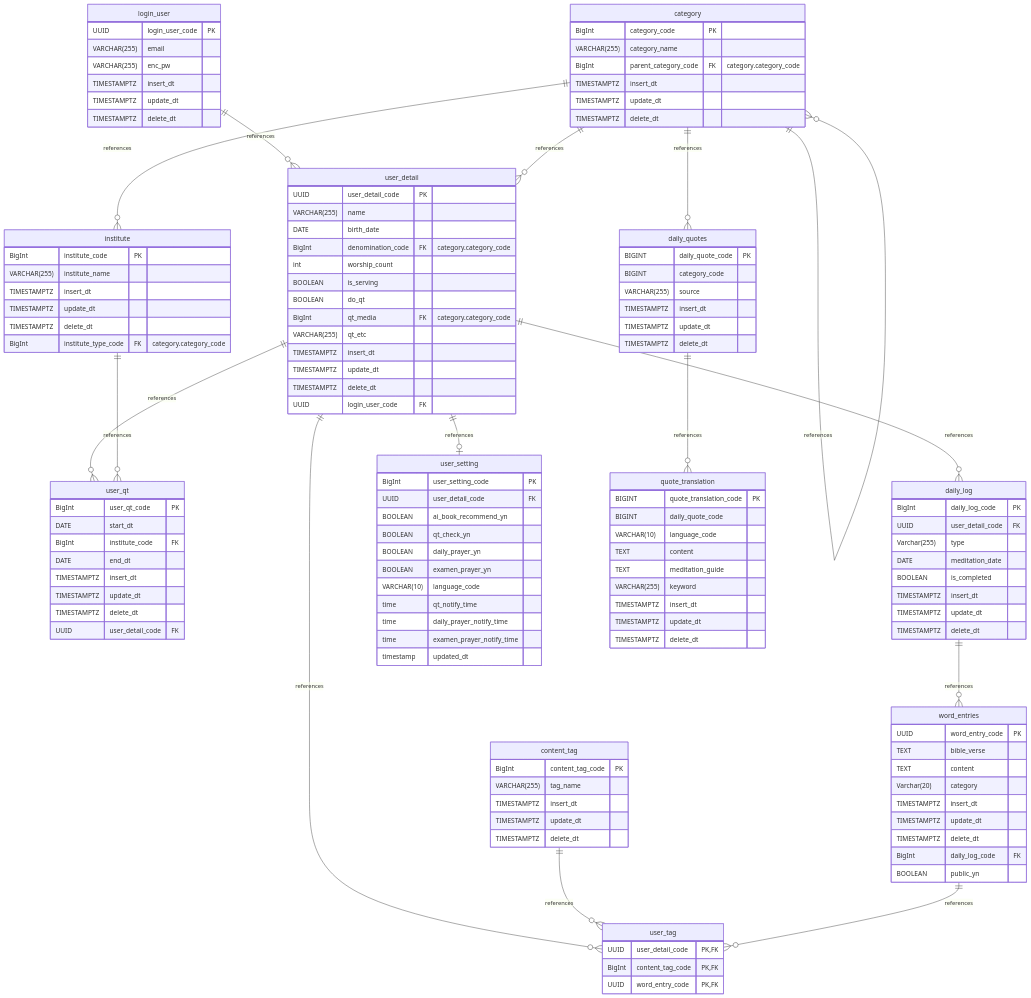
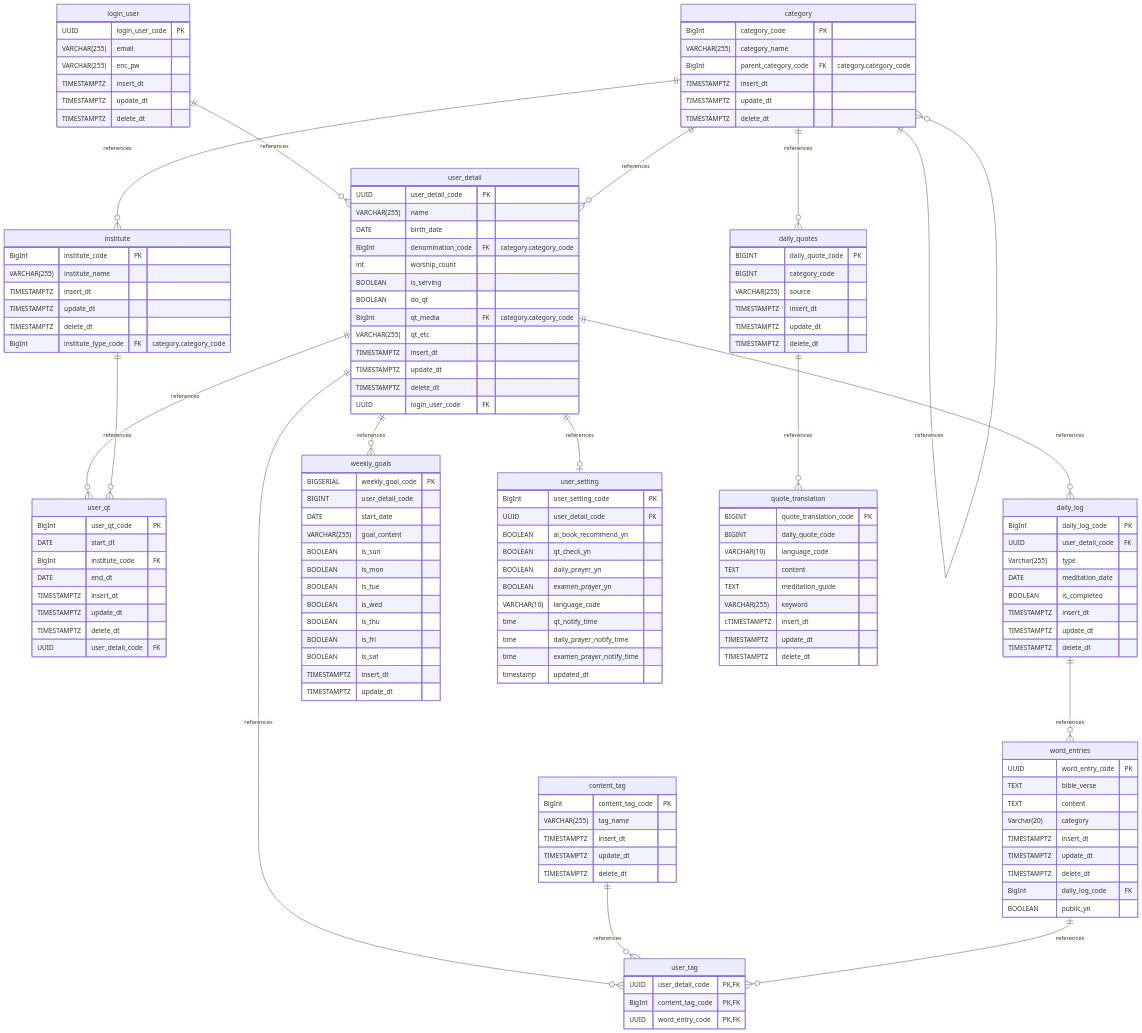
The diagram in README.md (LinaShinDev/daily-word-log), drawn with Mermaid before and after one commit.

````diff
--- a/README.md
+++ b/README.md
@@ -35,6 +35,7 @@
 	category ||--o{ daily_quotes : references
     user_detail ||--o{ user_qt : references
     user_detail ||--o{ daily_log : references
+	user_detail ||--o{ weekly_goals : references
     institute ||--o{ user_qt : references
     daily_log ||--o{ word_entries : references
     user_detail ||--o{ user_tag : references
@@ -42,6 +43,7 @@
     word_entries ||--o{ user_tag : references
     user_detail ||--o| user_setting : references
 	daily_quotes ||--o{ quote_translation : references
+	
 
 	
 	login_user {
@@ -165,10 +167,27 @@
 	    TEXT content
 	    TEXT meditation_guide 
 	    VARCHAR(255) keyword 
-	    TIMESTAMPTZ insert_dt
+	   cTIMESTAMPTZ insert_dt
 		TIMESTAMPTZ update_dt
 		TIMESTAMPTZ delete_dt
 	}
 
+	weekly_goals {
+	    BIGSERIAL weekly_goal_code PK
+	    BIGINT user_detail_code 
+	    DATE start_date 
+	    VARCHAR(255) goal_content
+	    BOOLEAN is_sun 
+	    BOOLEAN is_mon 
+	    BOOLEAN is_tue 
+	    BOOLEAN is_wed 
+	    BOOLEAN is_thu 
+	    BOOLEAN is_fri 
+	    BOOLEAN is_sat
+	    
+	   	TIMESTAMPTZ insert_dt
+		TIMESTAMPTZ update_dt
+	}
+
 
 ```
````
